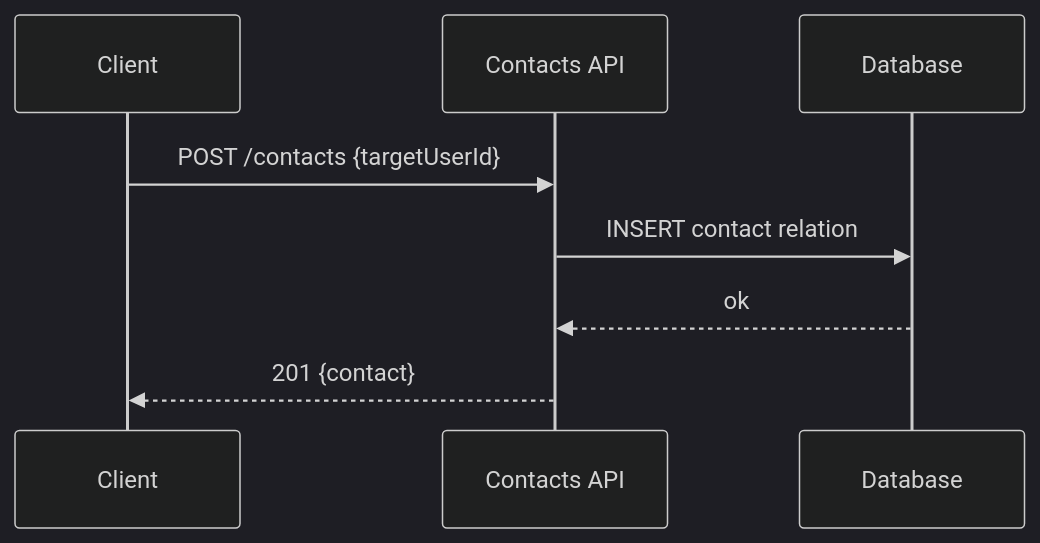
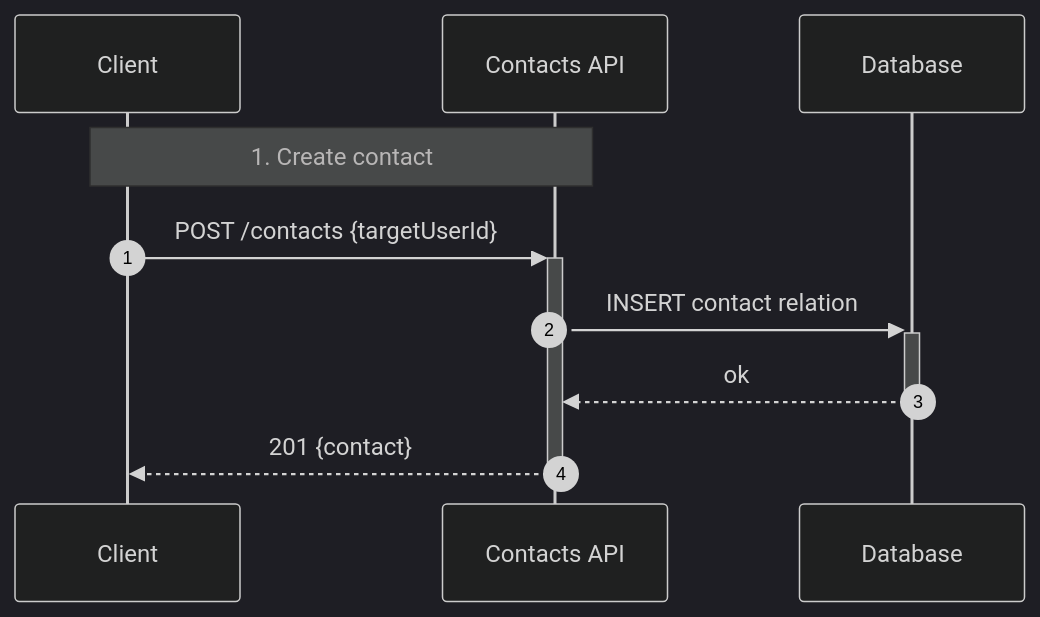
The diagram in docs/contacts.md (dinhhoang235/Chat-App), drawn with Mermaid (dark theme) before and after one commit. The commit also changed 12 other files, not shown here.

Commit message:
docs: enhance sequence diagrams with detailed notes for various features

````diff
--- a/docs/contacts.md
+++ b/docs/contacts.md
@@ -24,11 +24,13 @@
 ```mermaid
 sequenceDiagram
+  autonumber
   participant C as Client
   participant API as Contacts API
   participant DB as Database
 
-  C->>API: POST /contacts {targetUserId}
-  API->>DB: INSERT contact relation
-  DB-->>API: ok
-  API-->>C: 201 {contact}
+  Note over C,API: 1. Create contact
+  C->>+API: POST /contacts {targetUserId}
+  API->>+DB: INSERT contact relation
+  DB-->>-API: ok
+  API-->>-C: 201 {contact}
 ```
````
